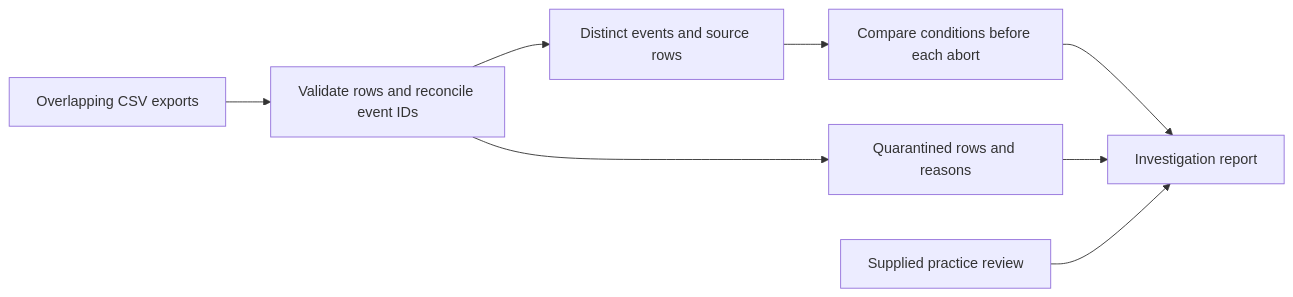
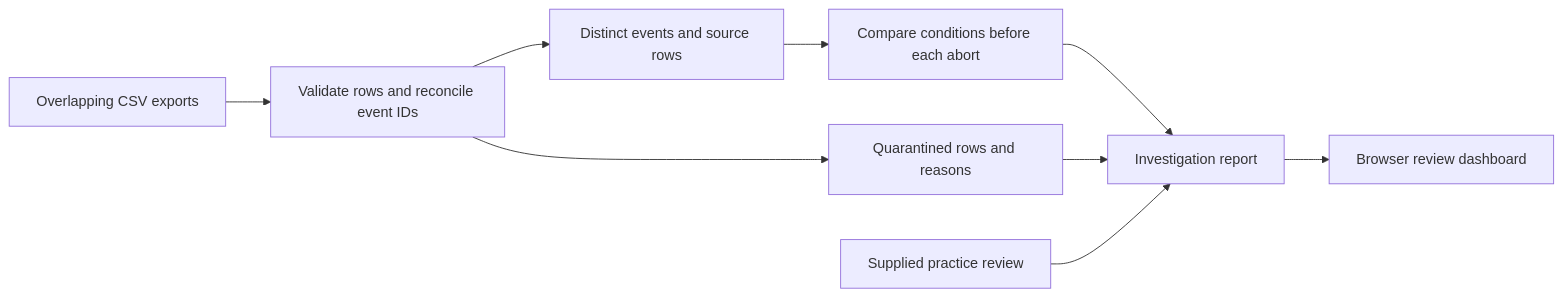
The diagram in README.md (stefan-mcf/production-line-fault-analytics), drawn with Mermaid before and after one commit. The commit also changed other lines of this file and 5 other files, not shown here.

Commit message:
Show the fault review dashboard and labelling workflow

````diff
--- a/README.md
+++ b/README.md
@@ -28,10 +36,11 @@
 ```mermaid
 flowchart LR
     A["Overlapping CSV exports"] --> B["Validate rows and reconcile event IDs"]
     B --> C["Distinct events and source rows"]
     B --> Q["Quarantined rows and reasons"]
     C --> D["Compare conditions before each abort"]
     D --> E["Investigation report"]
     Q --> E
     R["Supplied practice review"] --> E
+    E --> V["Browser review dashboard"]
 ```
````
